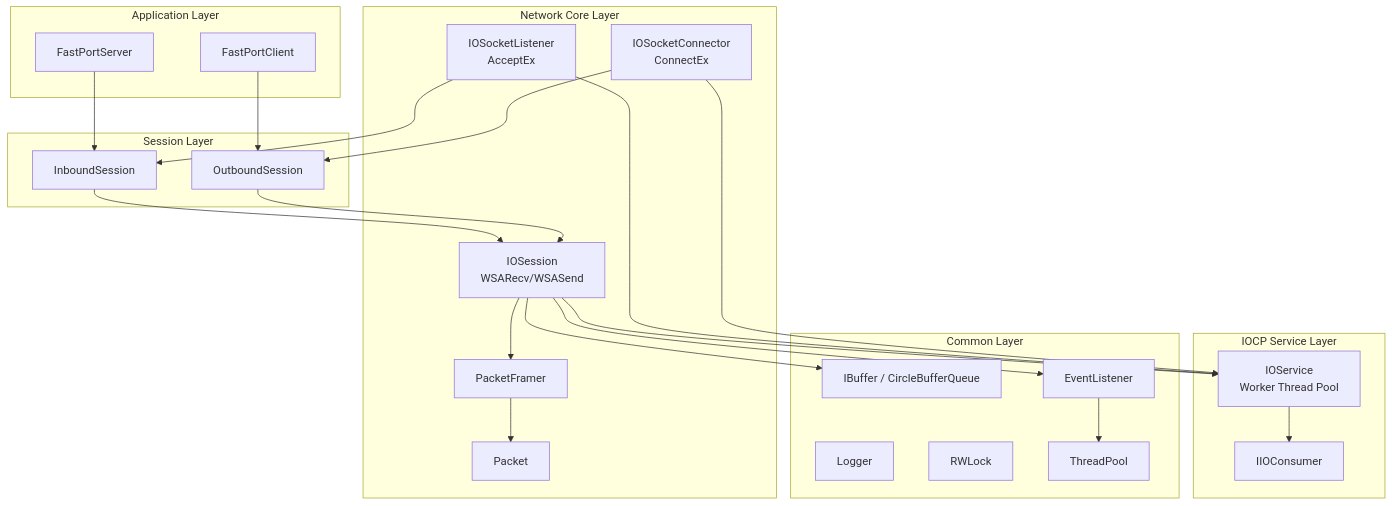
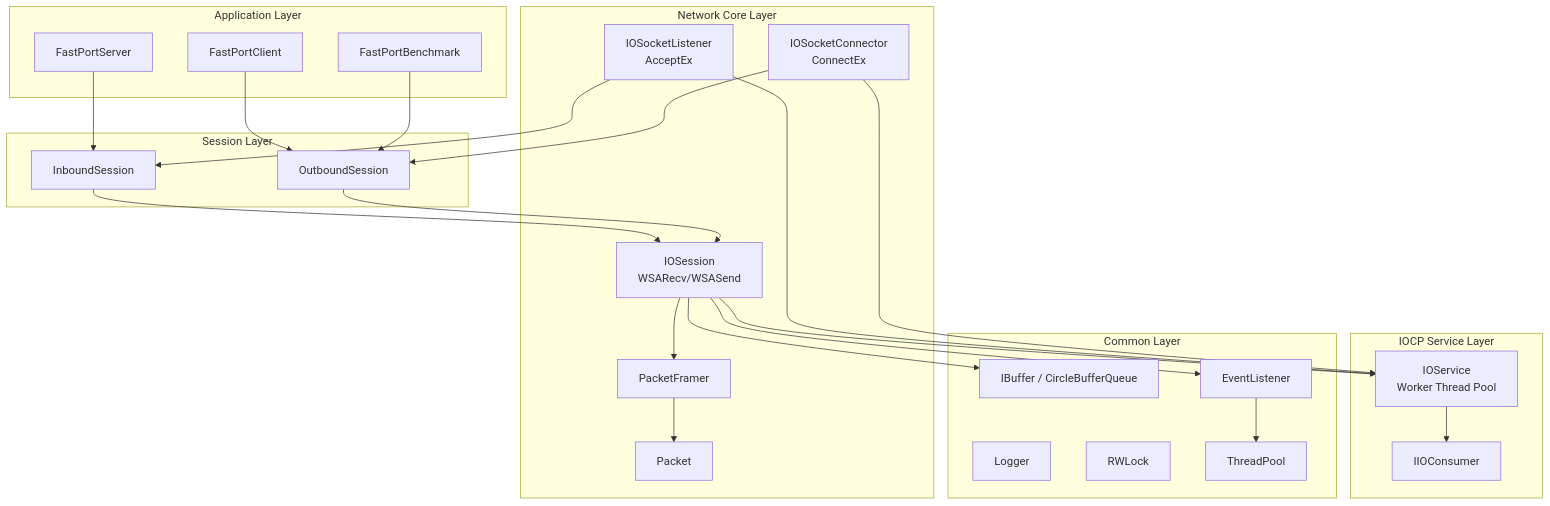
The first of 4 diagrams in README.md (boinred/FastPort), drawn with Mermaid before and after one commit. The commit also changed other lines of this file and 19 other files, not shown here.

First line of the commit message:
FastPortBenchmark: 네트워크 벤치마크 도구 및 프로토콜 추가

````diff
--- a/README.md
+++ b/README.md
@@ -36,49 +36,51 @@
 ```mermaid
 graph TB
     subgraph Application["Application Layer"]
         Server[FastPortServer]
         Client[FastPortClient]
+        Benchmark[FastPortBenchmark]
     end
 
     subgraph Session["Session Layer"]
         Inbound[InboundSession]
         Outbound[OutboundSession]
     end
 
     subgraph Network["Network Core Layer"]
         Listener[IOSocketListener<br/>AcceptEx]
         Connector[IOSocketConnector<br/>ConnectEx]
         IOSession[IOSession<br/>WSARecv/WSASend]
         Framer[PacketFramer]
         Packet[Packet]
     end
 
     subgraph IOCP["IOCP Service Layer"]
         IOService[IOService<br/>Worker Thread Pool]
         Consumer[IIOConsumer]
     end
 
     subgraph Common["Common Layer"]
         Buffer[IBuffer / CircleBufferQueue]
         Logger[Logger]
         Lock[RWLock]
         ThreadPool[ThreadPool]
         EventListener[EventListener]
     end
 
     Server --> Inbound
     Client --> Outbound
+    Benchmark --> Outbound
     Inbound --> IOSession
     Outbound --> IOSession
     Listener --> Inbound
     Connector --> Outbound
     IOSession --> Framer
     Framer --> Packet
     IOSession --> IOService
     Listener --> IOService
     Connector --> IOService
     IOService --> Consumer
     IOSession --> Buffer
     IOSession --> EventListener
     EventListener --> ThreadPool
 ```
````
